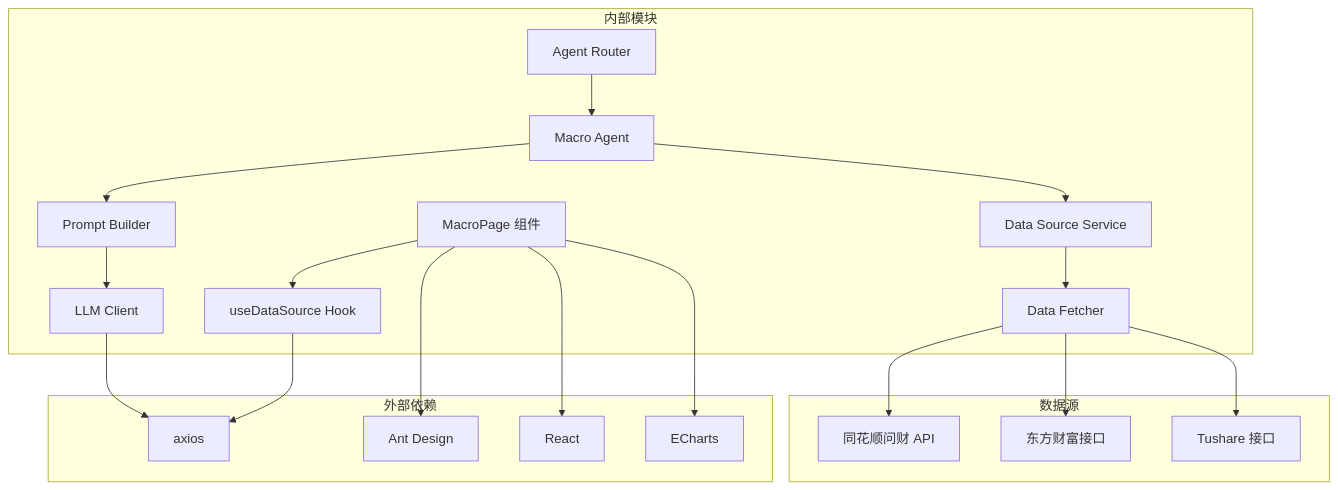
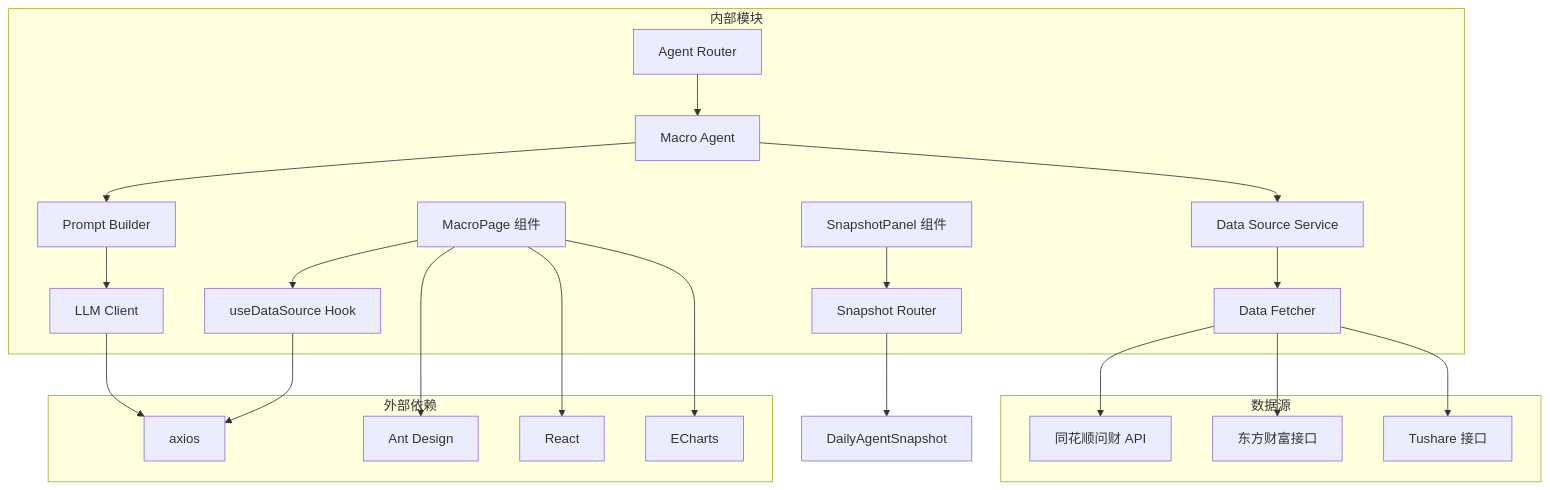
Before and after one commit to Moruime/stock_foker: the tenth of 10 diagrams in .qoder/repowiki/zh/content/前端组件/页面组件/宏观页面增强功能.md, drawn with Mermaid. The commit also changed other lines of this file and 22 other files, not shown here.

````diff
--- a/.qoder/repowiki/zh/content/前端组件/页面组件/宏观页面增强功能.md
+++ b/.qoder/repowiki/zh/content/前端组件/页面组件/宏观页面增强功能.md
@@ -355,38 +446,42 @@
 ```mermaid
 graph TB
 subgraph "外部依赖"
 AX[axios]
 AD[Ant Design]
 RE[React]
 EC[ECharts]
 end
 subgraph "内部模块"
 MP[MacroPage 组件]
+SP[SnapshotPanel 组件]
 DS[useDataSource Hook]
 AR[Agent Router]
 MA[Macro Agent]
 DSF[Data Source Service]
 DF[Data Fetcher]
+SR[Snapshot Router]
 PR[Prompt Builder]
 CL[LLM Client]
 end
 subgraph "数据源"
 HI[同花顺问财 API]
 EM[东方财富接口]
 TS[Tushare 接口]
 end
 MP --> DS
+SP --> SR
 DS --> AX
 MP --> AD
 MP --> RE
 MP --> EC
 AR --> MA
 MA --> DSF
 DSF --> DF
 DF --> HI
 DF --> EM
 DF --> TS
 MA --> PR
 PR --> CL
 CL --> AX
+SR --> DNS[DailyAgentSnapshot]
 ```
````
